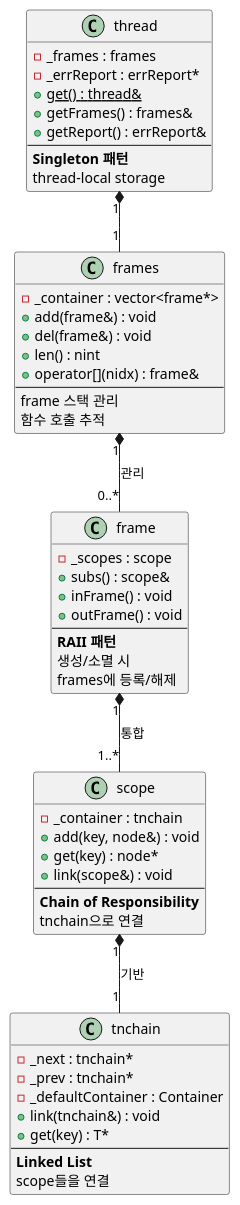
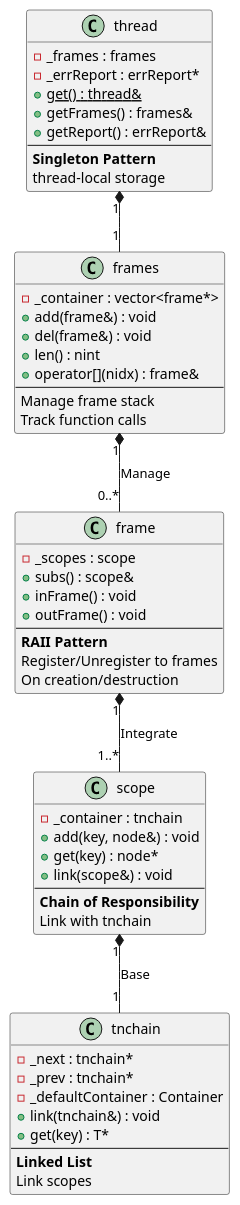
One commit to byeolang/byeol changed diagram 11 of 19 in doc/ref/ko/ai-architecture-core.md. Above: the diagram before and after it, drawn with PlantUML. The commit also changed other lines of this file, not shown here.

Commit message:
doc(core): translate english in plantuml to korean

```diff
--- a/doc/ref/ko/ai-architecture-core.md
+++ b/doc/ref/ko/ai-architecture-core.md
@@ -2447,60 +2447,60 @@
 @startuml
 class thread {
     - _frames : frames
     - _errReport : errReport*
     + {static} get() : thread&
     + getFrames() : frames&
     + getReport() : errReport&
     --
-    <b>Singleton 패턴</b>
+    <b>Singleton Pattern</b>
     thread-local storage
 }
 
 class frames {
     - _container : vector<frame*>
     + add(frame&) : void
     + del(frame&) : void
     + len() : nint
     + operator[](nidx) : frame&
     --
-    frame 스택 관리
-    함수 호출 추적
+    Manage frame stack
+    Track function calls
 }
 
 class frame {
     - _scopes : scope
     + subs() : scope&
     + inFrame() : void
     + outFrame() : void
     --
-    <b>RAII 패턴</b>
-    생성/소멸 시
-    frames에 등록/해제
+    <b>RAII Pattern</b>
+    Register/Unregister to frames
+    On creation/destruction
 }
 
 class scope {
     - _container : tnchain
     + add(key, node&) : void
     + get(key) : node*
     + link(scope&) : void
     --
     <b>Chain of Responsibility</b>
-    tnchain으로 연결
+    Link with tnchain
 }
 
 class tnchain {
     - _next : tnchain*
     - _prev : tnchain*
     - _defaultContainer : Container
     + link(tnchain&) : void
     + get(key) : T*
     --
     <b>Linked List</b>
-    scope들을 연결
+    Link scopes
 }
 
 thread "1" *-- "1" frames
-frames "1" *-- "0..*" frame : 관리
-frame "1" *-- "1..*" scope : 통합
-scope "1" *-- "1" tnchain : 기반
+frames "1" *-- "0..*" frame : Manage
+frame "1" *-- "1..*" scope : Integrate
+scope "1" *-- "1" tnchain : Base
 @enduml
```
